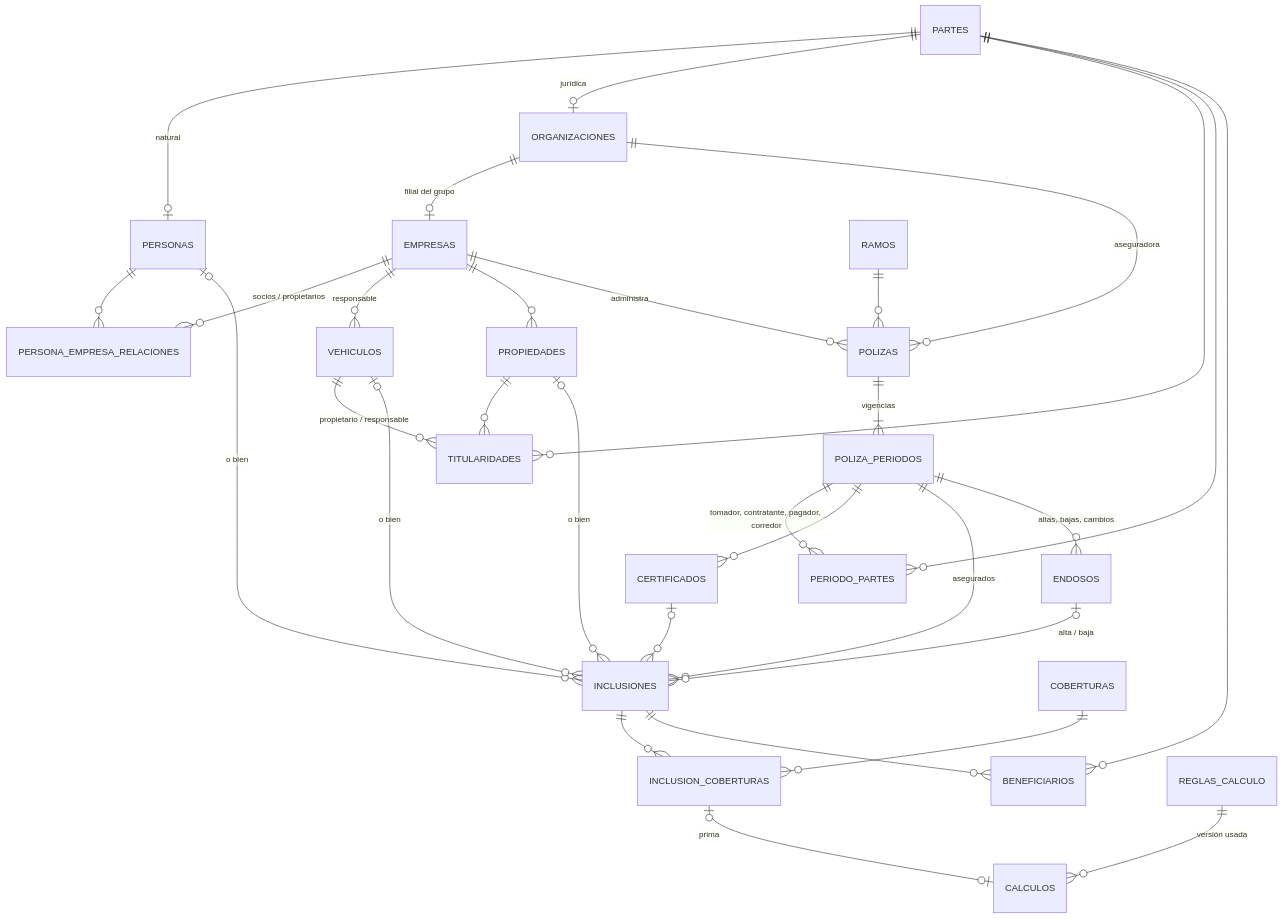
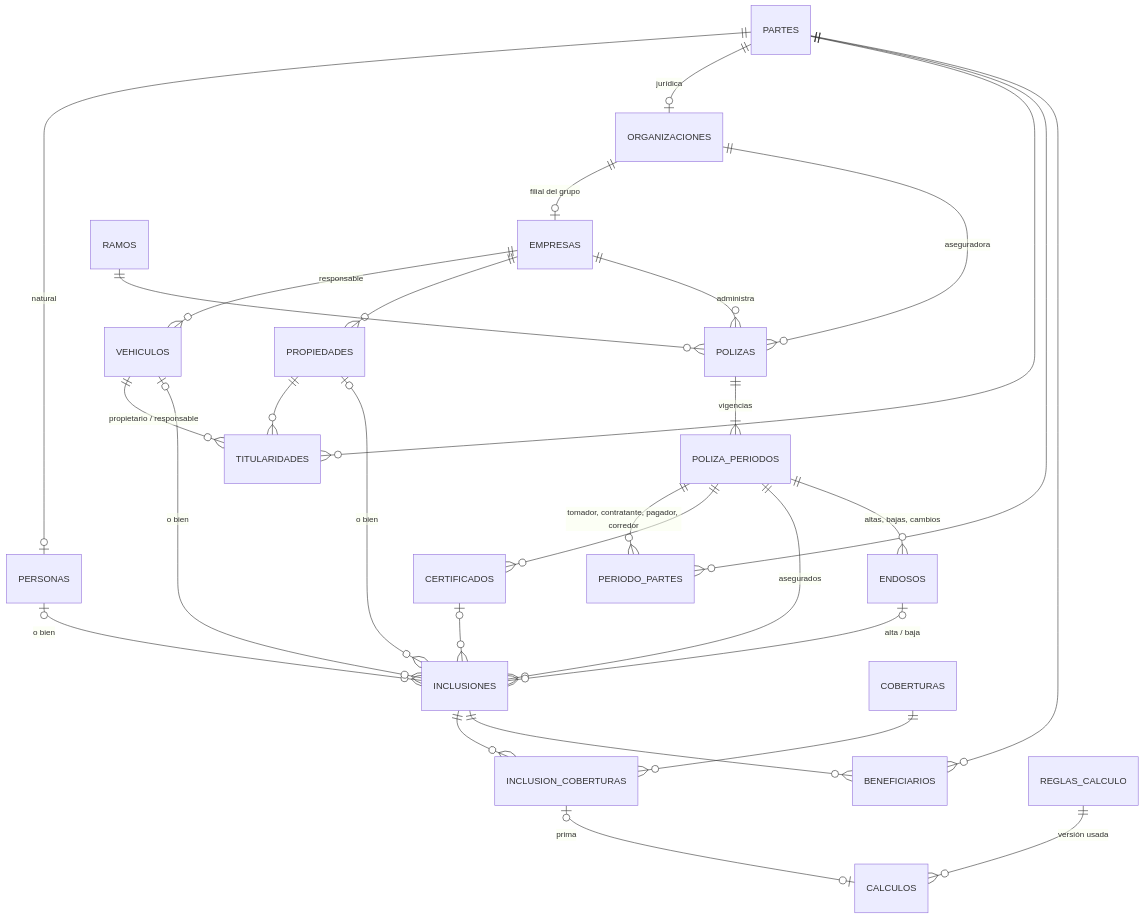
The first of 2 diagrams in docs/MODELO-DATOS.md (gchsolutions10-beep/iancarina-control-y-servicios), drawn with Mermaid before and after one commit. The commit also changed other lines of this file and 21 other files, not shown here.

First line of the commit message:
Retira socios y relaciones persona–empresa; Blob con BLOB_STORE_ID

````diff
--- a/docs/MODELO-DATOS.md
+++ b/docs/MODELO-DATOS.md
@@ -29,34 +30,32 @@
 ```mermaid
 erDiagram
-    EMPRESAS ||--o{ PERSONA_EMPRESA_RELACIONES : "socios / propietarios"
     PARTES ||--o| PERSONAS : "natural"
     PARTES ||--o| ORGANIZACIONES : "jurídica"
     ORGANIZACIONES ||--o| EMPRESAS : "filial del grupo"
-    PERSONAS ||--o{ PERSONA_EMPRESA_RELACIONES : ""
     EMPRESAS ||--o{ VEHICULOS : "responsable"
     EMPRESAS ||--o{ PROPIEDADES : ""
     VEHICULOS ||--o{ TITULARIDADES : "propietario / responsable"
     PROPIEDADES ||--o{ TITULARIDADES : ""
     PARTES ||--o{ TITULARIDADES : ""
 
     ORGANIZACIONES ||--o{ POLIZAS : "aseguradora"
     EMPRESAS ||--o{ POLIZAS : "administra"
     RAMOS ||--o{ POLIZAS : ""
     POLIZAS ||--|{ POLIZA_PERIODOS : "vigencias"
     POLIZA_PERIODOS ||--o{ PERIODO_PARTES : "tomador, contratante, pagador, corredor"
     PARTES ||--o{ PERIODO_PARTES : ""
     POLIZA_PERIODOS ||--o{ CERTIFICADOS : ""
     POLIZA_PERIODOS ||--o{ INCLUSIONES : "asegurados"
     CERTIFICADOS |o--o{ INCLUSIONES : ""
     PERSONAS |o--o{ INCLUSIONES : "o bien"
     VEHICULOS |o--o{ INCLUSIONES : "o bien"
     PROPIEDADES |o--o{ INCLUSIONES : "o bien"
     INCLUSIONES ||--o{ INCLUSION_COBERTURAS : ""
     COBERTURAS ||--o{ INCLUSION_COBERTURAS : ""
     INCLUSIONES ||--o{ BENEFICIARIOS : ""
     PARTES ||--o{ BENEFICIARIOS : ""
     POLIZA_PERIODOS ||--o{ ENDOSOS : "altas, bajas, cambios"
     ENDOSOS |o--o{ INCLUSIONES : "alta / baja"
     INCLUSION_COBERTURAS |o--o| CALCULOS : "prima"
     REGLAS_CALCULO ||--o{ CALCULOS : "versión usada"
 ```
````
